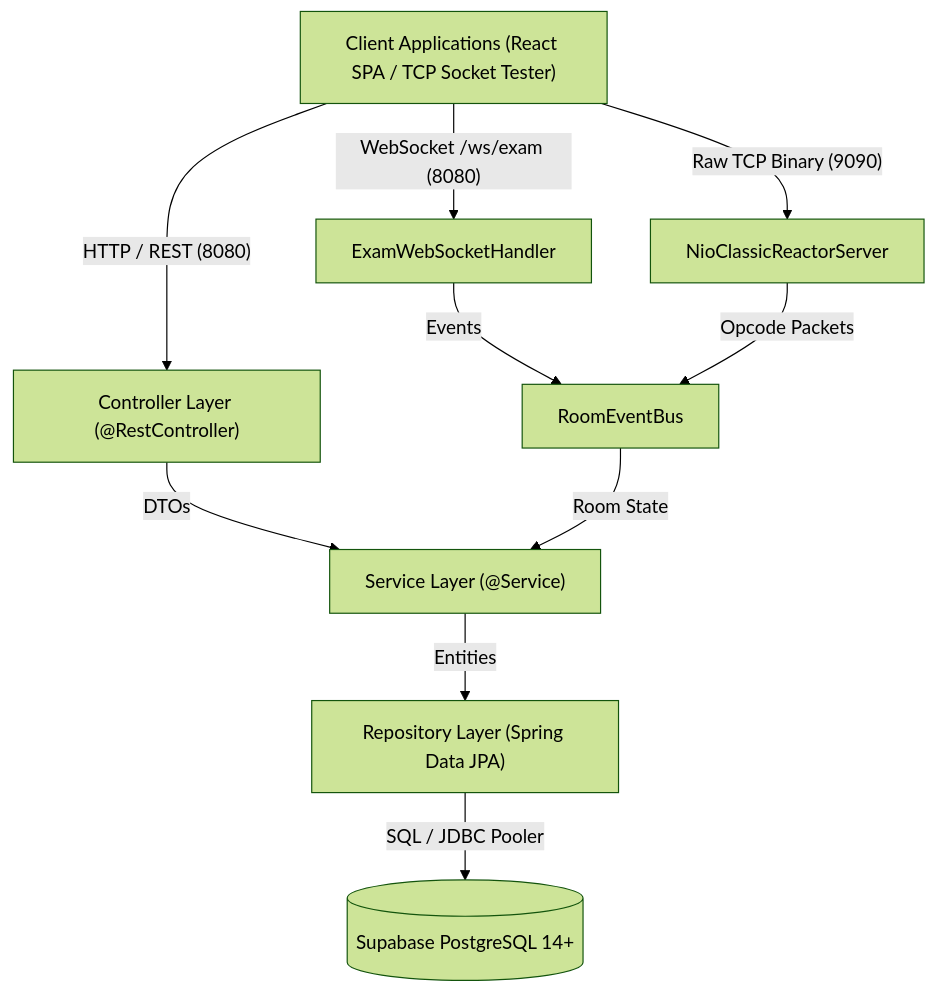
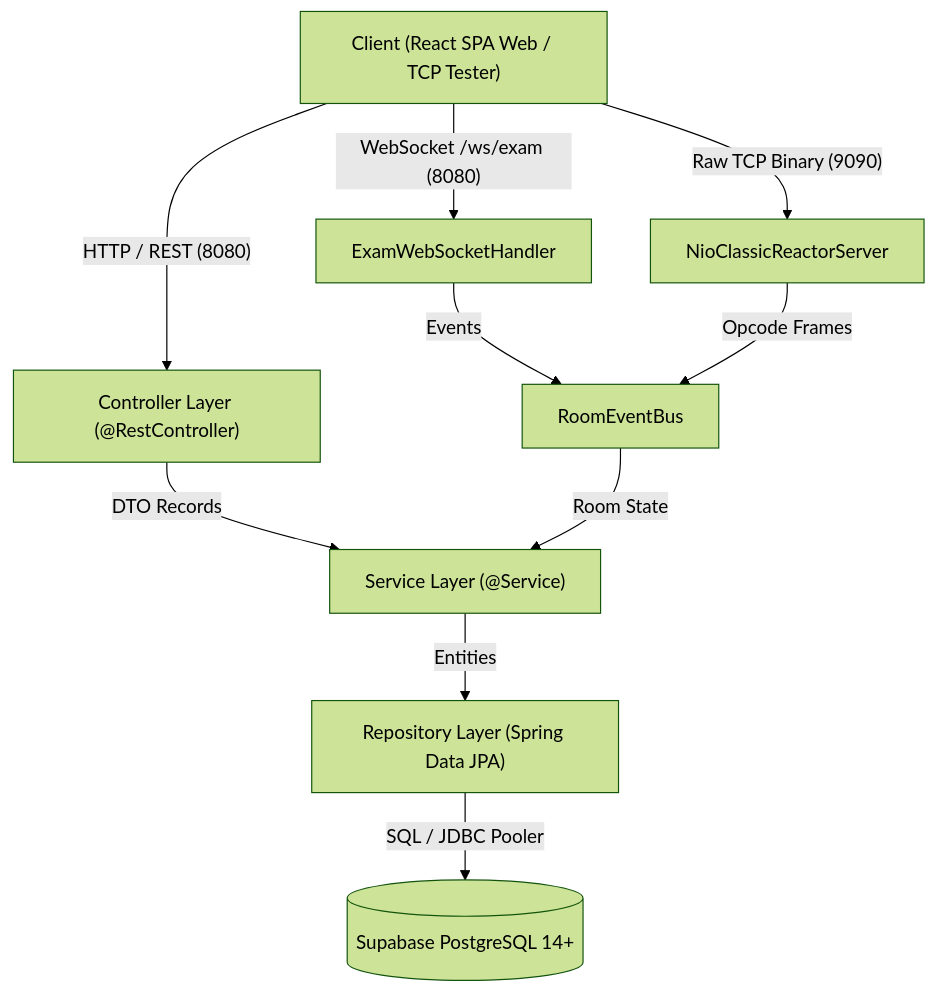
The diagram in server/README.md (lethanhan01/mooc-clone), drawn with Mermaid (forest theme) before and after one commit. The commit also changed other lines of this file and 8 other files, not shown here.

````diff
--- a/server/README.md
+++ b/server/README.md
@@ -170,15 +101,15 @@
 ```mermaid
 graph TD
-    Client["Client Applications (React SPA / TCP Socket Tester)"]
+    Client["Client (React SPA Web / TCP Tester)"]
     Client -->|"HTTP / REST (8080)"| Controller["Controller Layer (@RestController)"]
     Client -->|"WebSocket /ws/exam (8080)"| WsGateway["ExamWebSocketHandler"]
     Client -->|"Raw TCP Binary (9090)"| Reactor["NioClassicReactorServer"]
     
-    Controller -->|"DTOs"| Service["Service Layer (@Service)"]
+    Controller -->|"DTO Records"| Service["Service Layer (@Service)"]
     WsGateway -->|"Events"| EventBus["RoomEventBus"]
-    Reactor -->|"Opcode Packets"| EventBus
+    Reactor -->|"Opcode Frames"| EventBus
     EventBus -->|"Room State"| Service
     
     Service -->|"Entities"| Repository["Repository Layer (Spring Data JPA)"]
     Repository -->|"SQL / JDBC Pooler"| Database[("Supabase PostgreSQL 14+")]
 ```
````
